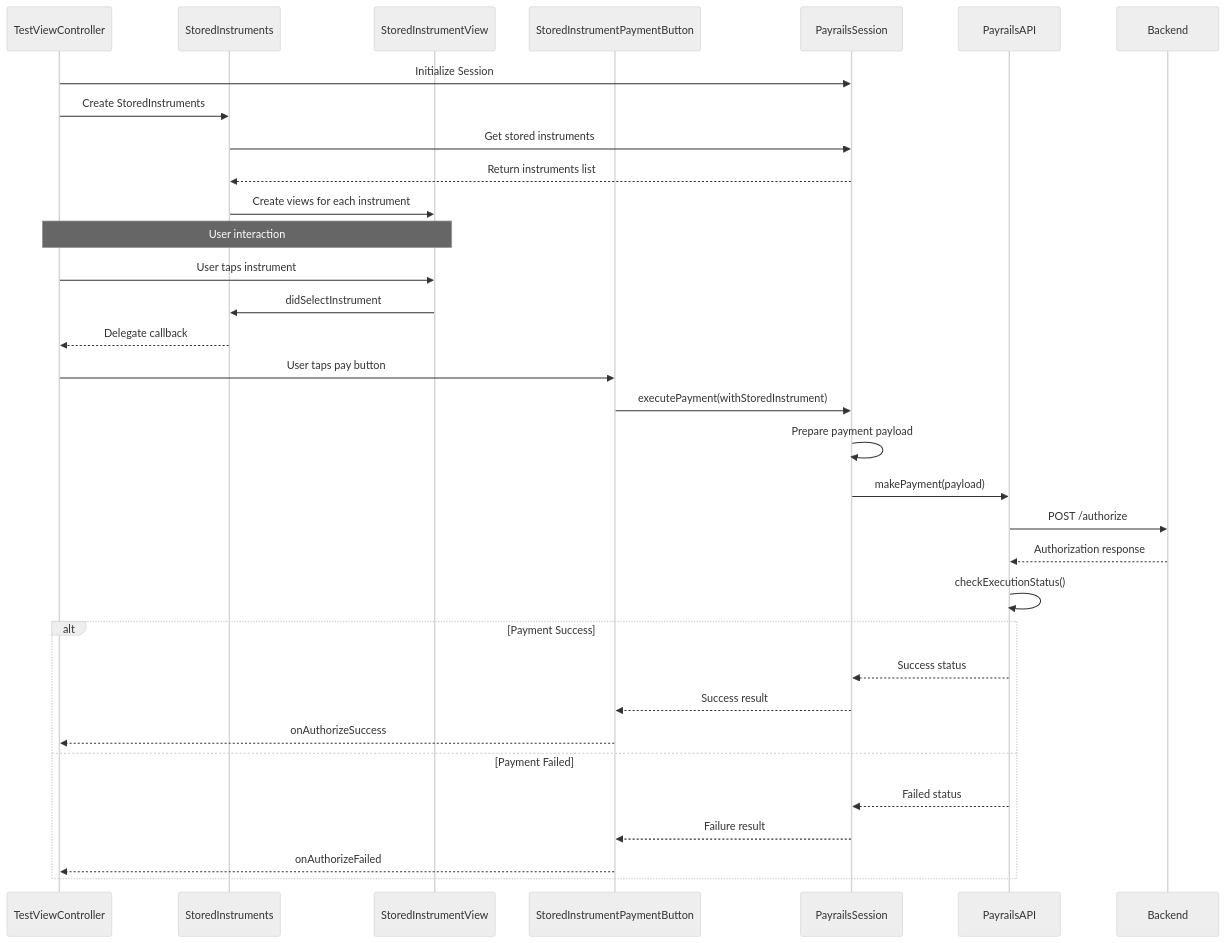
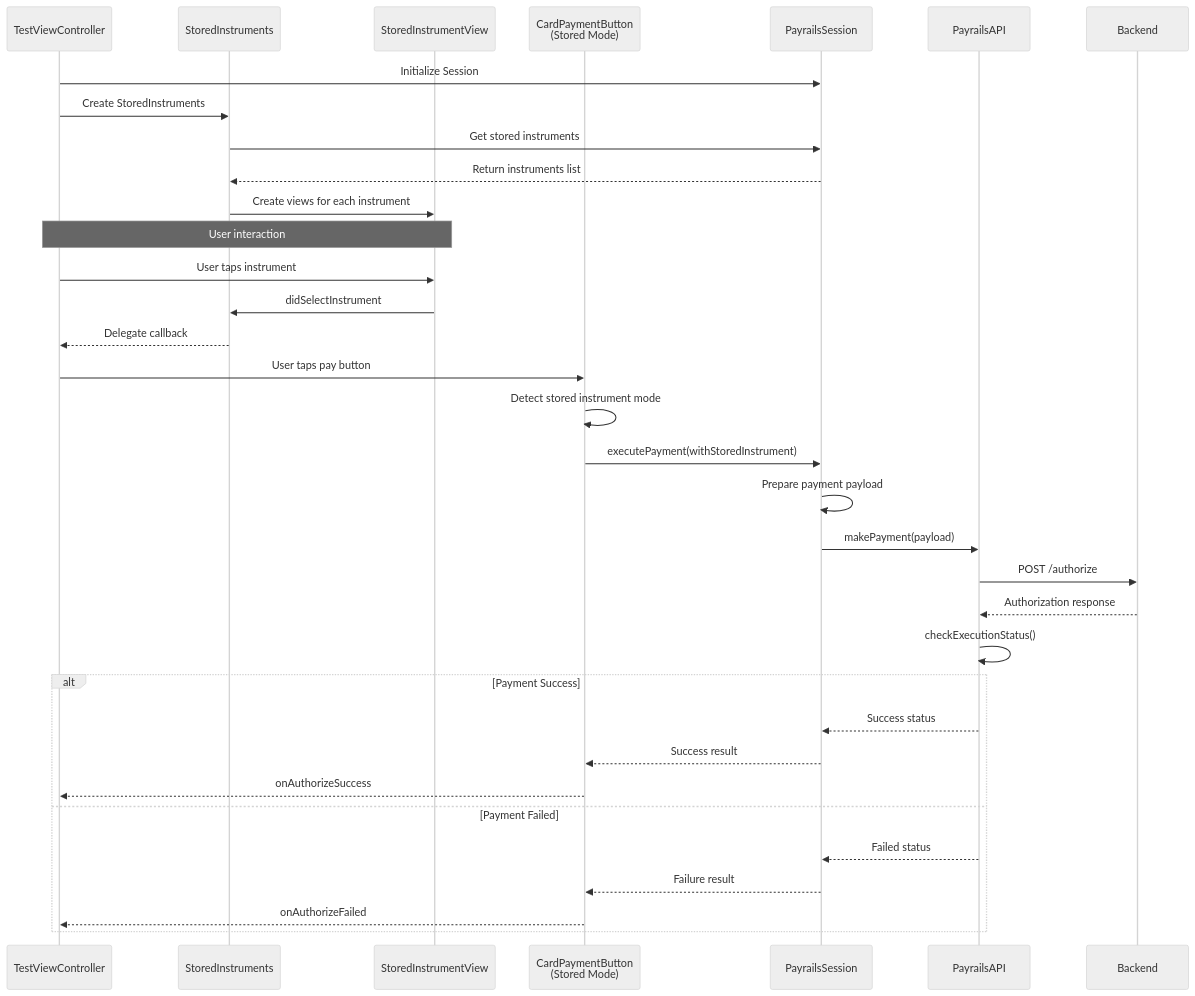
Before and after one commit to payrails/ios-sdk: the second of 2 diagrams in docs/stored-instrument-payment-flow-documentation.md, drawn with Mermaid (neutral theme). The commit also changed other lines of this file and 5 other files, not shown here.

Commit message:
ACC-36: we are using same CardPaymentButton for both stored instruments and cardpaymentform

````diff
--- a/docs/stored-instrument-payment-flow-documentation.md
+++ b/docs/stored-instrument-payment-flow-documentation.md
@@ -75,40 +85,41 @@
 ```mermaid
 sequenceDiagram
     participant TV as TestViewController
     participant SI as StoredInstruments
     participant SIV as StoredInstrumentView
-    participant SIB as StoredInstrumentPaymentButton
+    participant CPB as CardPaymentButton<br/>(Stored Mode)
     participant PS as PayrailsSession
     participant API as PayrailsAPI
     participant BE as Backend
 
     TV->>PS: Initialize Session
     TV->>SI: Create StoredInstruments
     SI->>PS: Get stored instruments
     PS-->>SI: Return instruments list
     SI->>SIV: Create views for each instrument
     
     Note over TV,SIV: User interaction
     
     TV->>SIV: User taps instrument
     SIV->>SI: didSelectInstrument
     SI-->>TV: Delegate callback
     
-    TV->>SIB: User taps pay button
-    SIB->>PS: executePayment(withStoredInstrument)
+    TV->>CPB: User taps pay button
+    CPB->>CPB: Detect stored instrument mode
+    CPB->>PS: executePayment(withStoredInstrument)
     PS->>PS: Prepare payment payload
     PS->>API: makePayment(payload)
     API->>BE: POST /authorize
     BE-->>API: Authorization response
     API->>API: checkExecutionStatus()
     
     alt Payment Success
         API-->>PS: Success status
-        PS-->>SIB: Success result
-        SIB-->>TV: onAuthorizeSuccess
+        PS-->>CPB: Success result
+        CPB-->>TV: onAuthorizeSuccess
     else Payment Failed
         API-->>PS: Failed status
-        PS-->>SIB: Failure result
-        SIB-->>TV: onAuthorizeFailed
+        PS-->>CPB: Failure result
+        CPB-->>TV: onAuthorizeFailed
     end
 ```
````
